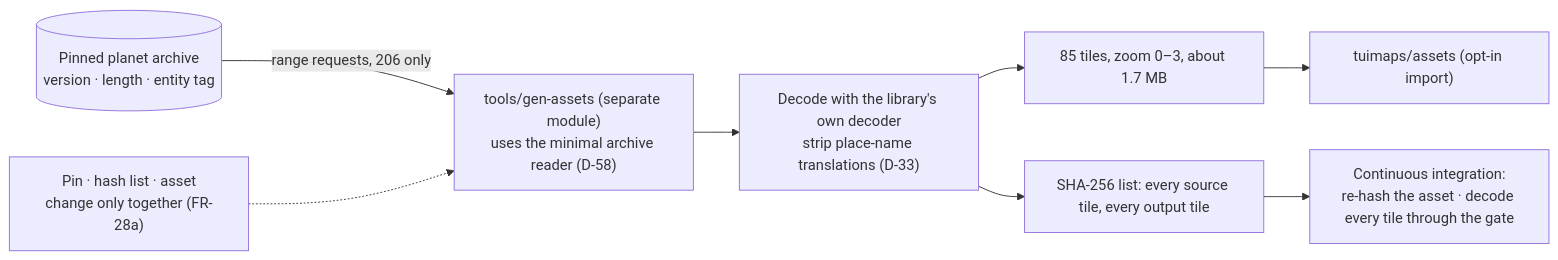
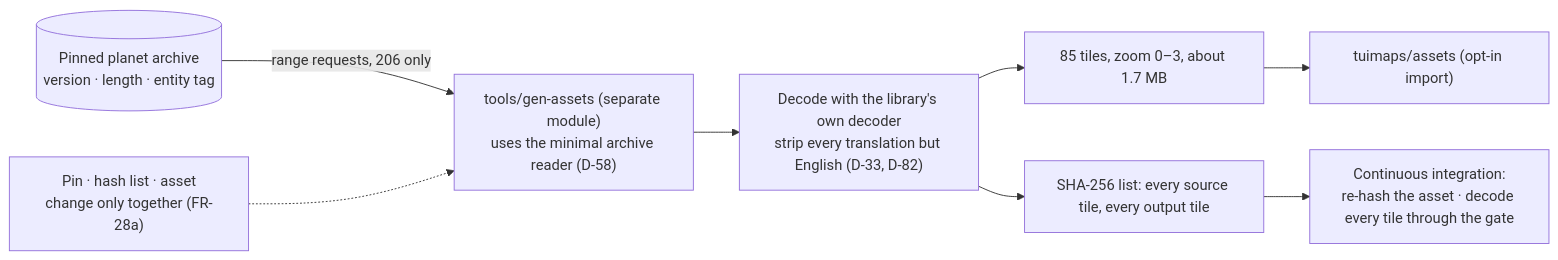
The third of 3 diagrams in 06_docs/02_features/go-tuimaps/03-architecture-design/L2-tiles.md (branden-thompson/go-tuimaps), drawn with Mermaid before and after one commit. The commit also changed other lines of this file and 6 other files, not shown here.

````diff
--- a/06_docs/02_features/go-tuimaps/03-architecture-design/L2-tiles.md
+++ b/06_docs/02_features/go-tuimaps/03-architecture-design/L2-tiles.md
@@ -73,10 +73,10 @@
 ```mermaid
 flowchart LR
     PLANET[("Pinned planet archive<br/>version · length · entity tag")] -- "range requests, 206 only" --> GEN["tools/gen-assets (separate module)<br/>uses the minimal archive reader (D-58)"]
-    GEN --> STRIP["Decode with the library's own decoder<br/>strip place-name translations (D-33)"]
+    GEN --> STRIP["Decode with the library's own decoder<br/>strip every translation but English (D-33, D-82)"]
     STRIP --> OUT1["85 tiles, zoom 0–3, about 1.7 MB"]
     STRIP --> HASH["SHA-256 list: every source tile, every output tile"]
     OUT1 --> PKG["tuimaps/assets (opt-in import)"]
     HASH --> CI["Continuous integration:<br/>re-hash the asset · decode every tile through the gate"]
     PIN["Pin · hash list · asset<br/>change only together (FR-28a)"] -.-> GEN
 ```
````
